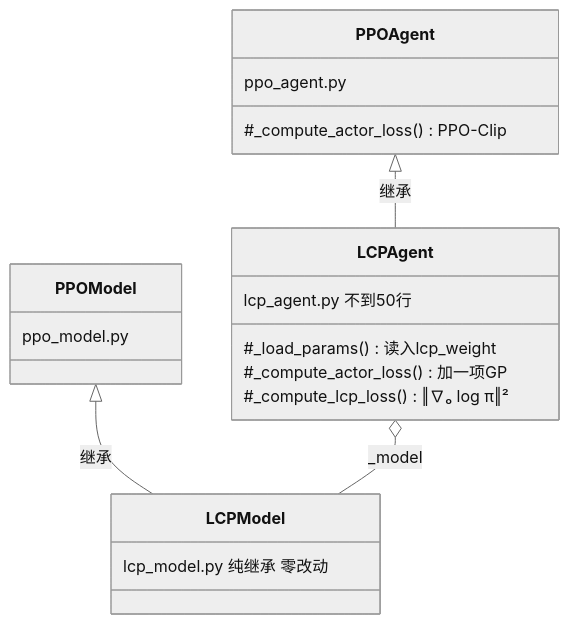
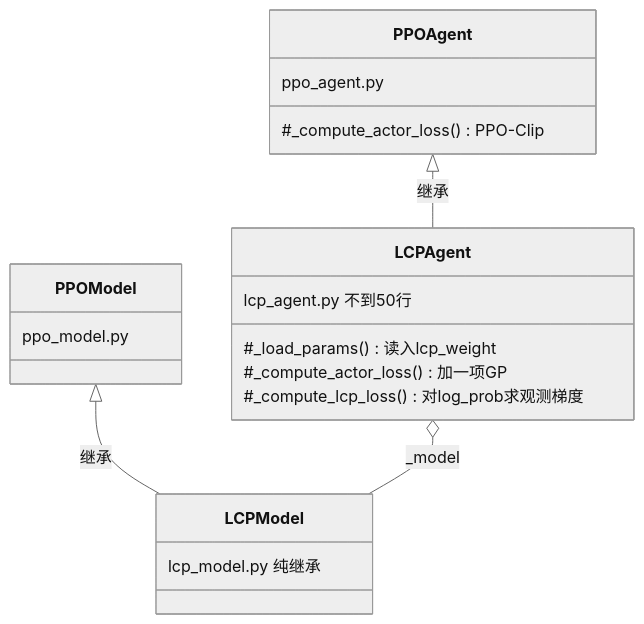
Before and after one commit to ImChong/Robot_Learning_Paper_Notebooks: the third of 4 diagrams in papers/01_Foundational_RL/LCP_Sim-to-Real_Action_Smoothing/LCP_Sim-to-Real_Action_Smoothing.md, drawn with Mermaid (neutral theme). The commit also changed other lines of this file and 18 other files, not shown here.

```diff
--- a/papers/01_Foundational_RL/LCP_Sim-to-Real_Action_Smoothing/LCP_Sim-to-Real_Action_Smoothing.md
+++ b/papers/01_Foundational_RL/LCP_Sim-to-Real_Action_Smoothing/LCP_Sim-to-Real_Action_Smoothing.md
@@ -608,22 +602,22 @@
 <div class="mermaid">
 classDiagram
     class PPOAgent {
         ppo_agent.py
         #_compute_actor_loss() PPO-Clip
     }
     class LCPAgent {
         lcp_agent.py 不到50行
         #_load_params() 读入lcp_weight
         #_compute_actor_loss() 加一项GP
-        #_compute_lcp_loss() ‖∇ₒ log π‖²
+        #_compute_lcp_loss() 对log_prob求观测梯度
     }
     class PPOModel {
         ppo_model.py
     }
     class LCPModel {
-        lcp_model.py 纯继承 零改动
+        lcp_model.py 纯继承
     }
     PPOAgent <|-- LCPAgent : 继承
     PPOModel <|-- LCPModel : 继承
     LCPAgent o-- LCPModel : _model
 </div>
```
